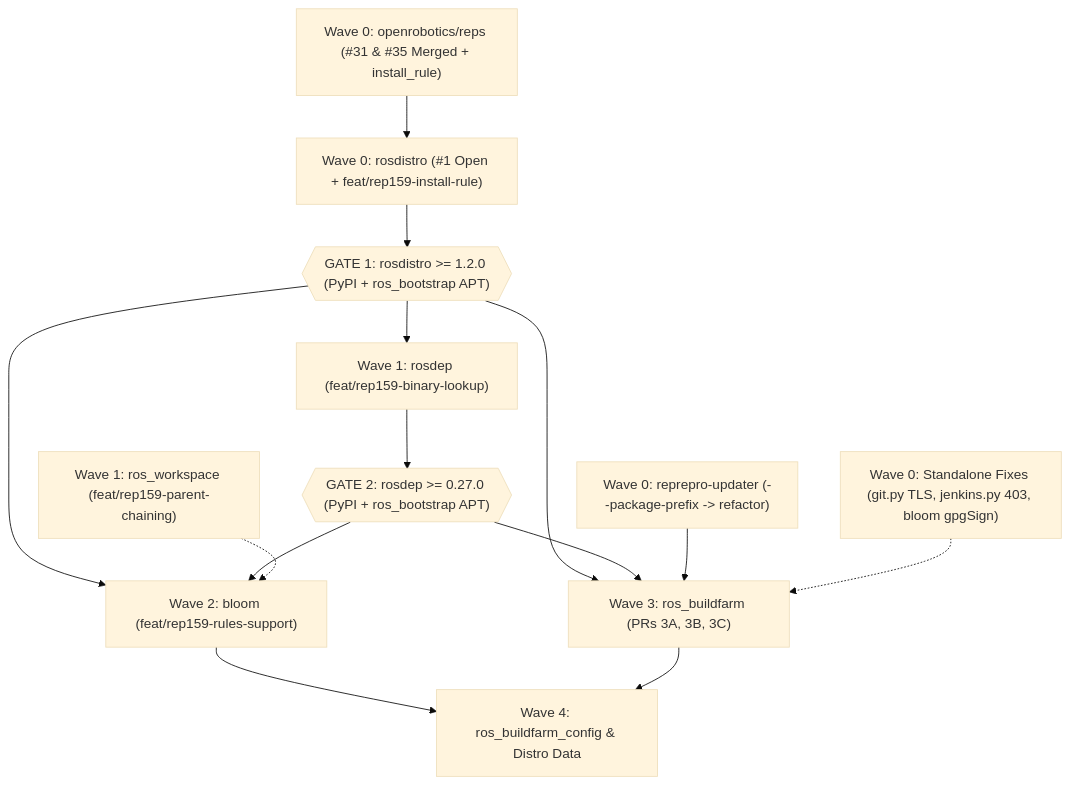
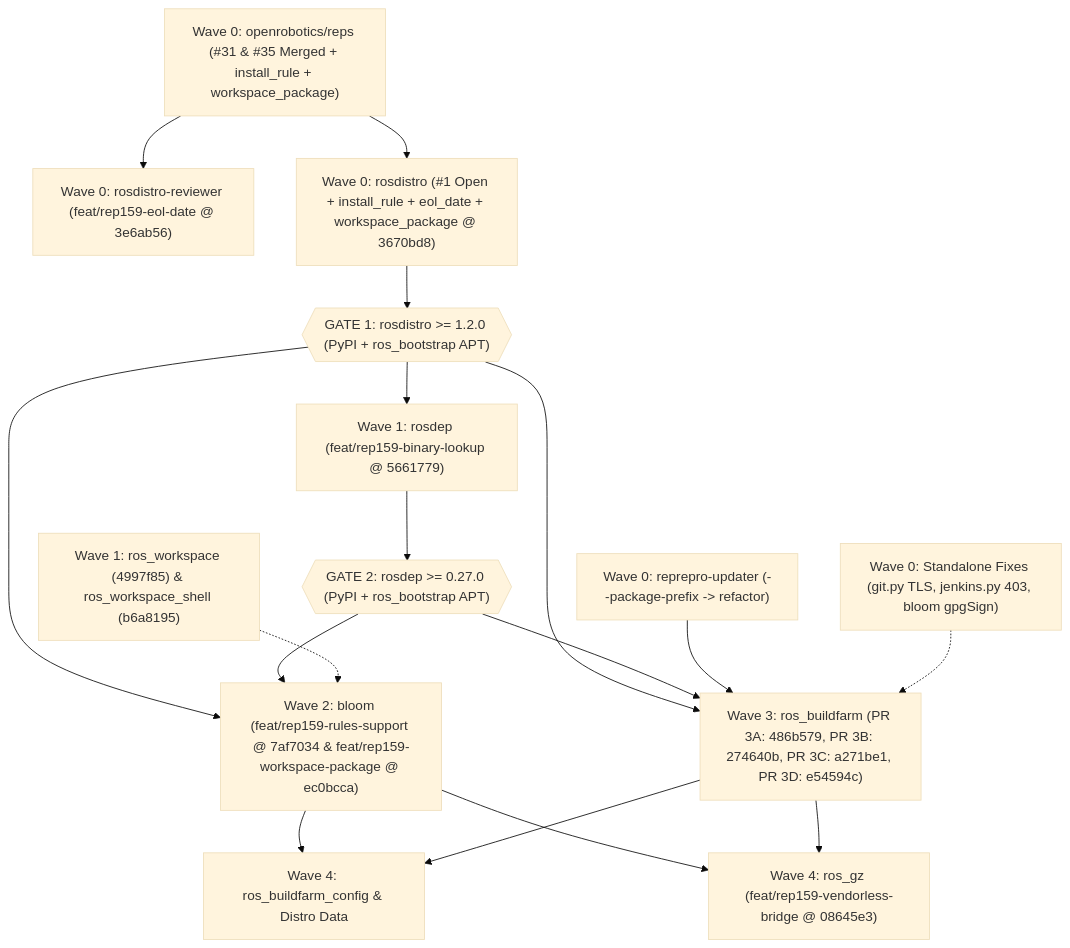
The diagram in STAGE_PR_AND_ISSUE_MAP.md (KmoM88/rep159-testing), drawn with Mermaid (base theme) before and after one commit. The commit also changed other lines of this file and 15 other files, not shown here.

Commit message:
Consolidate Stage 1-6 docs in roadmap/ with Mermaid core vs testbed diagrams, update rollout/PR plans, and sync Gist

````diff
--- a/STAGE_PR_AND_ISSUE_MAP.md
+++ b/STAGE_PR_AND_ISSUE_MAP.md
@@ -12,26 +12,31 @@
 ```mermaid
 flowchart TD
-    REPS["Wave 0: openrobotics/reps (#31 & #35 Merged + install_rule)"]
+    REPS["Wave 0: openrobotics/reps (#31 & #35 Merged + install_rule + workspace_package)"]
     REPREPRO["Wave 0: reprepro-updater (--package-prefix -> refactor)"]
+    REVIEWER["Wave 0: rosdistro-reviewer (feat/rep159-eol-date @ 3e6ab56)"]
     UTIL["Wave 0: Standalone Fixes (git.py TLS, jenkins.py 403, bloom gpgSign)"]
-    ROSDISTRO["Wave 0: rosdistro (#1 Open + feat/rep159-install-rule)"]
+    ROSDISTRO["Wave 0: rosdistro (#1 Open + install_rule + eol_date + workspace_package @ 3670bd8)"]
     G1{{"GATE 1: rosdistro >= 1.2.0 (PyPI + ros_bootstrap APT)"}}
-    ROSDEP["Wave 1: rosdep (feat/rep159-binary-lookup)"]
-    WORKSPACE["Wave 1: ros_workspace (feat/rep159-parent-chaining)"]
+    ROSDEP["Wave 1: rosdep (feat/rep159-binary-lookup @ 5661779)"]
+    WORKSPACE["Wave 1: ros_workspace (4997f85) & ros_workspace_shell (b6a8195)"]
     G2{{"GATE 2: rosdep >= 0.27.0 (PyPI + ros_bootstrap APT)"}}
-    BLOOM["Wave 2: bloom (feat/rep159-rules-support)"]
-    BUILDFARM["Wave 3: ros_buildfarm (PRs 3A, 3B, 3C)"]
+    BLOOM["Wave 2: bloom (feat/rep159-rules-support @ 7af7034 & feat/rep159-workspace-package @ ec0bcca)"]
+    BUILDFARM["Wave 3: ros_buildfarm (PR 3A: 486b579, PR 3B: 274640b, PR 3C: a271be1, PR 3D: e54594c)"]
+    ROSGZ["Wave 4: ros_gz (feat/rep159-vendorless-bridge @ 08645e3)"]
     CONFIG["Wave 4: ros_buildfarm_config & Distro Data"]
 
     REPS --> ROSDISTRO --> G1
+    REPS --> REVIEWER
     G1 --> ROSDEP --> G2
     G1 --> BLOOM
     G2 --> BLOOM
     WORKSPACE -.-> BLOOM
     G1 --> BUILDFARM
     G2 --> BUILDFARM
     REPREPRO --> BUILDFARM
     UTIL -.-> BUILDFARM
     BLOOM --> CONFIG
     BUILDFARM --> CONFIG
+    BLOOM --> ROSGZ
+    BUILDFARM --> ROSGZ
 ```
````
